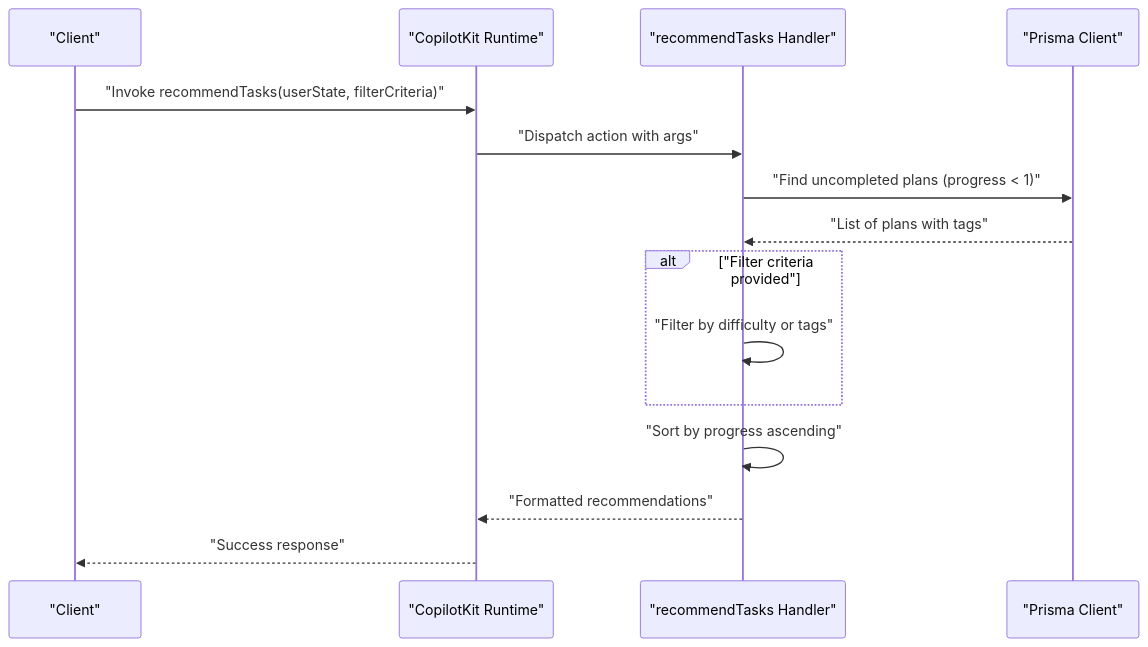
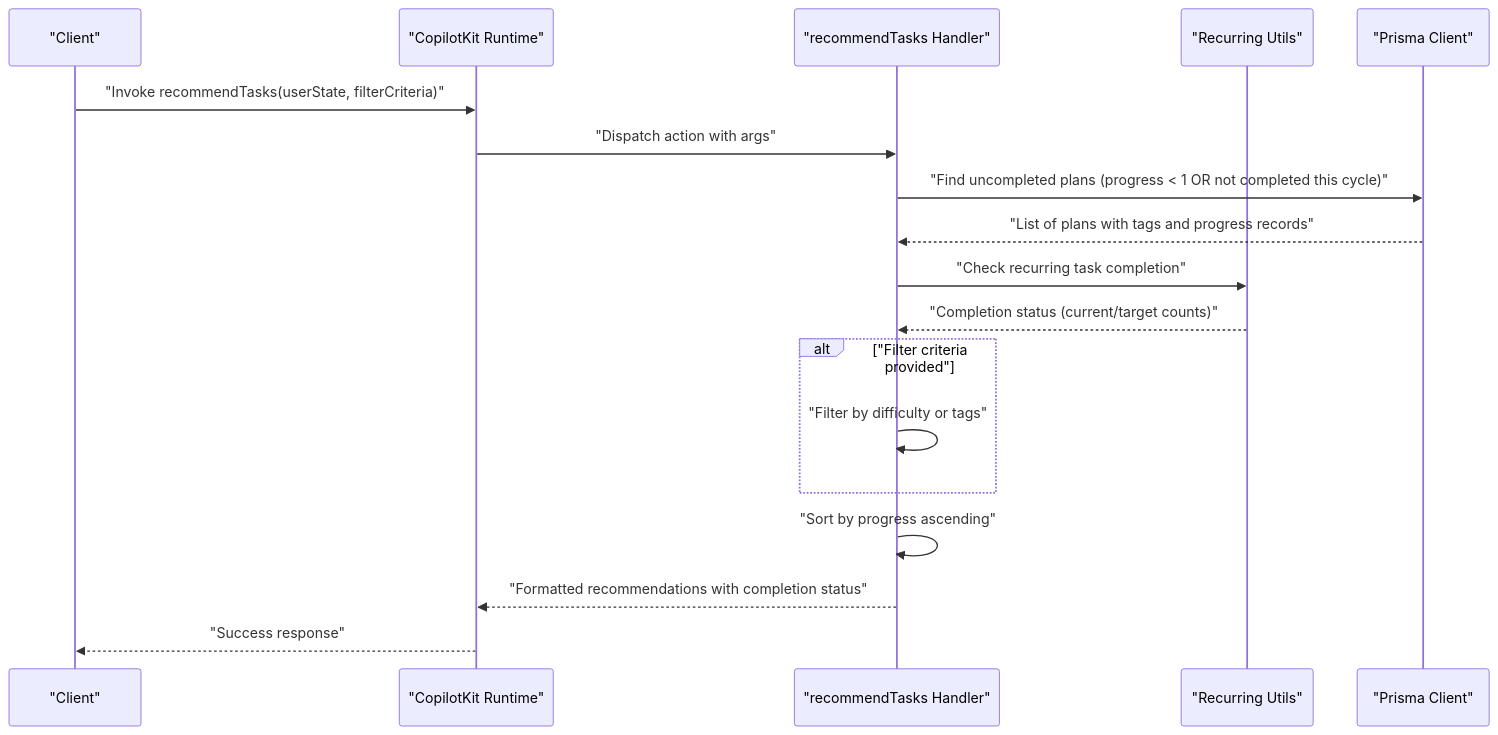
One commit to peixuanhu/goal-mate changed the second of 5 diagrams in .qoder/repowiki/en/content/AI Assistant Integration/AI Actions System/Task Recommendation Action.md. Above: the diagram before and after it, drawn with Mermaid. The commit also changed other lines of this file and 5 other files, not shown here.

````diff
--- a/.qoder/repowiki/en/content/AI Assistant Integration/AI Actions System/Task Recommendation Action.md
+++ b/.qoder/repowiki/en/content/AI Assistant Integration/AI Actions System/Task Recommendation Action.md
@@ -81,17 +87,20 @@
 ```mermaid
 sequenceDiagram
 participant Client as "Client"
 participant Runtime as "CopilotKit Runtime"
 participant Handler as "recommendTasks Handler"
+participant RecurringUtils as "Recurring Utils"
 participant DB as "Prisma Client"
 Client->>Runtime : "Invoke recommendTasks(userState, filterCriteria)"
 Runtime->>Handler : "Dispatch action with args"
-Handler->>DB : "Find uncompleted plans (progress < 1)"
-DB-->>Handler : "List of plans with tags"
+Handler->>DB : "Find uncompleted plans (progress < 1 OR not completed this cycle)"
+DB-->>Handler : "List of plans with tags and progress records"
+Handler->>RecurringUtils : "Check recurring task completion"
+RecurringUtils-->>Handler : "Completion status (current/target counts)"
 alt "Filter criteria provided"
 Handler->>Handler : "Filter by difficulty or tags"
 end
 Handler->>Handler : "Sort by progress ascending"
-Handler-->>Runtime : "Formatted recommendations"
+Handler-->>Runtime : "Formatted recommendations with completion status"
 Runtime-->>Client : "Success response"
 ```
````
